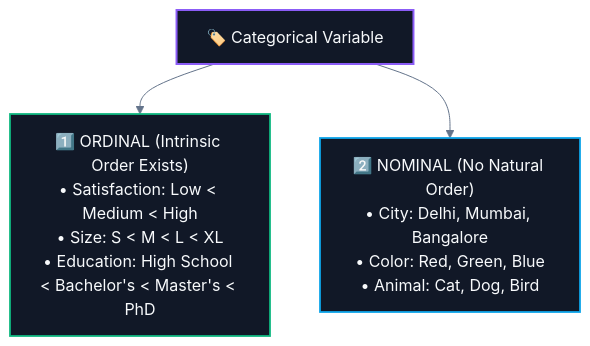
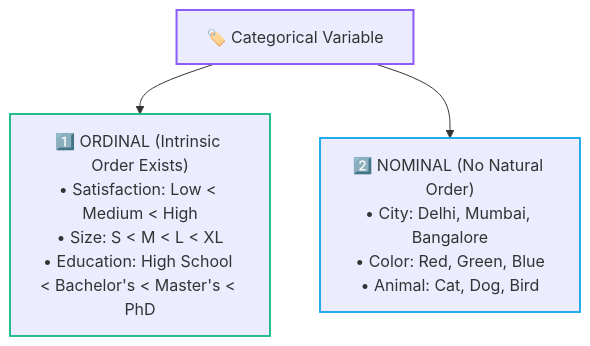
Before and after one commit to abhinavbharti2345/CS_Notes: the second of 4 diagrams in CS/AI & ML/02. Data Preprocessing/02. Categorical Encoding.md, drawn with Mermaid. The commit also changed other lines of this file and 91 other files, not shown here.

````diff
--- a/CS/AI & ML/02. Data Preprocessing/02. Categorical Encoding.md
+++ b/CS/AI & ML/02. Data Preprocessing/02. Categorical Encoding.md
@@ -56,16 +55,15 @@
 ```mermaid
-%%{init: {'theme': 'base', 'themeVariables': { 'darkMode': true, 'background': '#0B0F14', 'mainBkg': '#111827', 'primaryColor': '#111827', 'primaryTextColor': '#F8FAFC', 'primaryBorderColor': '#38BDF8', 'lineColor': '#64748B', 'secondaryColor': '#0B0F14', 'tertiaryColor': '#0B0F14', 'clusterBkg': '#0B0F14', 'clusterBorder': '#38BDF8' }}}%%
 flowchart TD
     Cat["🏷️ Categorical Variable"]
     
     Cat --> Ord["1️⃣ ORDINAL (Intrinsic Order Exists)<br/>• Satisfaction: Low < Medium < High<br/>• Size: S < M < L < XL<br/>• Education: High School < Bachelor's < Master's < PhD"]
     
     Cat --> Nom["2️⃣ NOMINAL (No Natural Order)<br/>• City: Delhi, Mumbai, Bangalore<br/>• Color: Red, Green, Blue<br/>• Animal: Cat, Dog, Bird"]
 
-    classDef root fill:#111827,stroke:#8b5cf6,stroke-width:2px,color:#F8FAFC;
-    classDef ord fill:#111827,stroke:#10b981,stroke-width:1.8px,color:#F8FAFC;
-    classDef nom fill:#111827,stroke:#0ea5e9,stroke-width:1.8px,color:#F8FAFC;
+    classDef root stroke:#8b5cf6,stroke-width:2px;
+    classDef ord stroke:#10b981,stroke-width:1.8px;
+    classDef nom stroke:#0ea5e9,stroke-width:1.8px;
     class Cat root;
     class Ord ord;
     class Nom nom;
 ```
````
